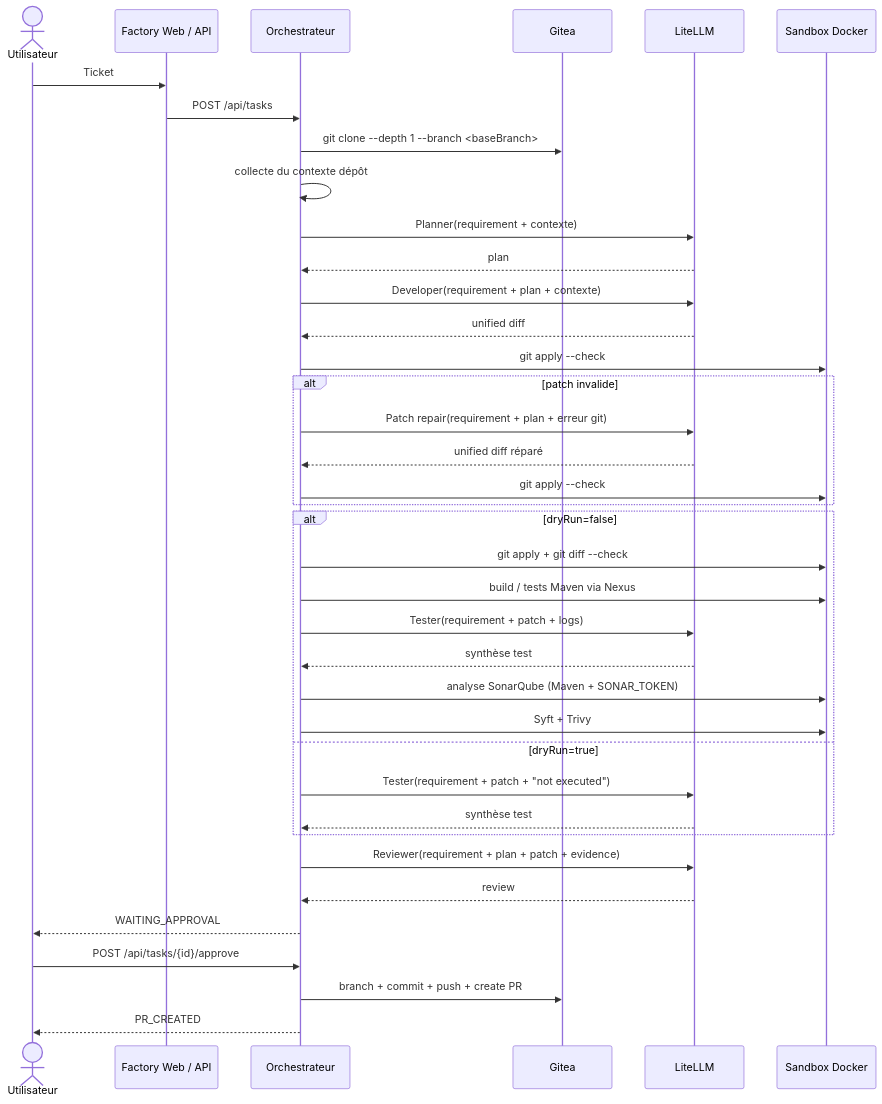
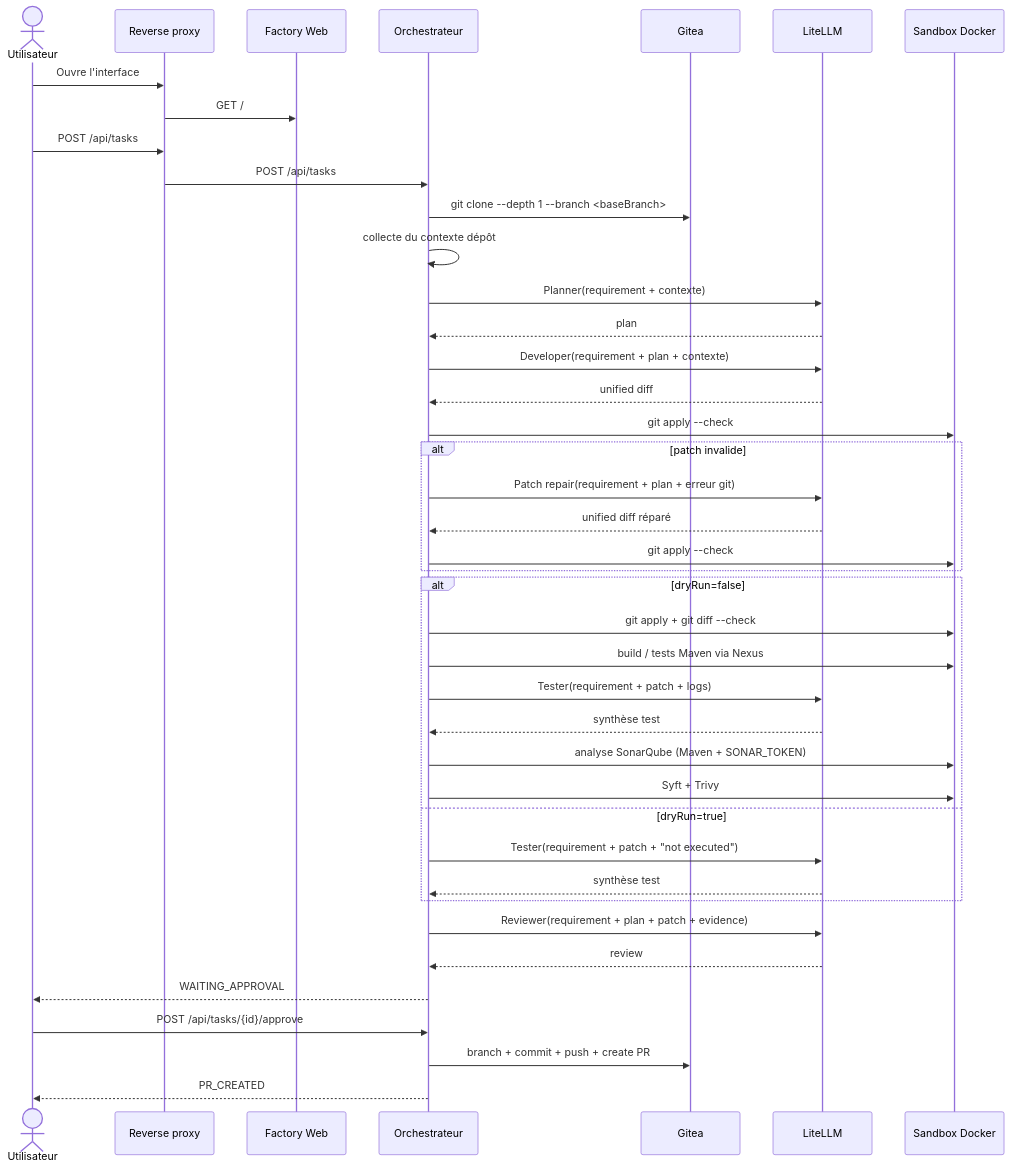
Before and after one commit to dbeaumont/ai-software-factory-local: the third of 3 diagrams in docs/architecture.md, drawn with Mermaid. The commit also changed other lines of this file and 6 other files, not shown here.

Commit message:
feat: ajout reverse proxy

````diff
--- a/docs/architecture.md
+++ b/docs/architecture.md
@@ -79,41 +84,44 @@
 ```mermaid
 sequenceDiagram
   actor U as Utilisateur
-  participant W as Factory Web / API
+  participant P as Reverse proxy
+  participant W as Factory Web
   participant O as Orchestrateur
   participant G as Gitea
   participant L as LiteLLM
   participant S as Sandbox Docker
 
-  U->>W: Ticket
-  W->>O: POST /api/tasks
+  U->>P: Ouvre l'interface
+  P->>W: GET /
+  U->>P: POST /api/tasks
+  P->>O: POST /api/tasks
   O->>G: git clone --depth 1 --branch <baseBranch>
   O->>O: collecte du contexte dépôt
   O->>L: Planner(requirement + contexte)
   L-->>O: plan
   O->>L: Developer(requirement + plan + contexte)
   L-->>O: unified diff
   O->>S: git apply --check
   alt patch invalide
     O->>L: Patch repair(requirement + plan + erreur git)
     L-->>O: unified diff réparé
     O->>S: git apply --check
   end
   alt dryRun=false
     O->>S: git apply + git diff --check
     O->>S: build / tests Maven via Nexus
     O->>L: Tester(requirement + patch + logs)
     L-->>O: synthèse test
     O->>S: analyse SonarQube (Maven + SONAR_TOKEN)
     O->>S: Syft + Trivy
   else dryRun=true
     O->>L: Tester(requirement + patch + "not executed")
     L-->>O: synthèse test
   end
   O->>L: Reviewer(requirement + plan + patch + evidence)
   L-->>O: review
   O-->>U: WAITING_APPROVAL
   U->>O: POST /api/tasks/{id}/approve
   O->>G: branch + commit + push + create PR
   O-->>U: PR_CREATED
 ```
````
